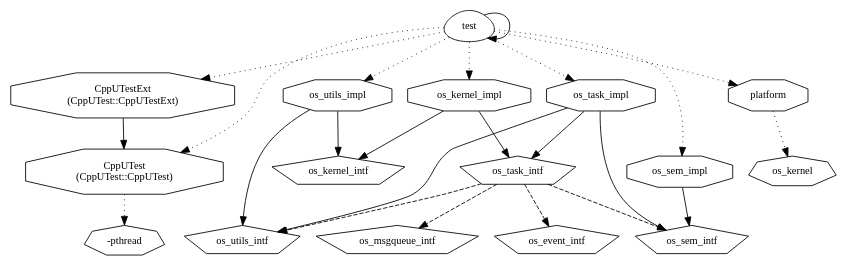
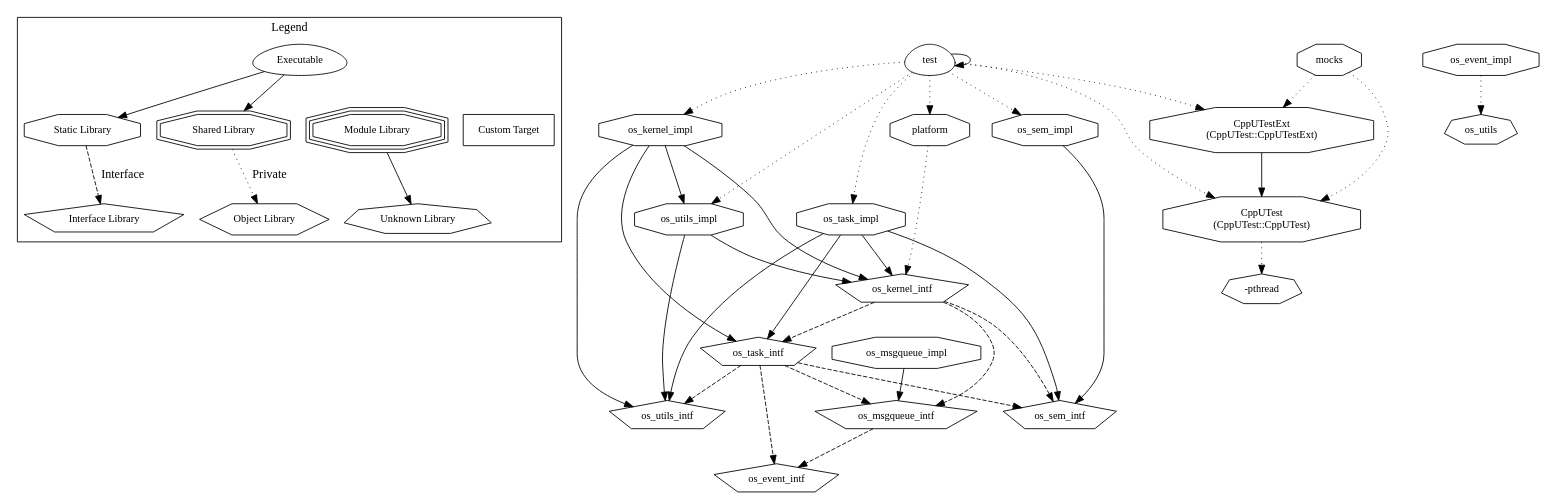
Before and after one commit to MitchellThompkins/cocoOS: the diagram in temp_notes.md, drawn with Graphviz. The commit also changed 1 other file, not shown here.

Commit message:
dont check in dot files, but also this graph is pretty messy now

````diff
--- a/temp_notes.md
+++ b/temp_notes.md
@@ -11,54 +11,80 @@
 ```dot
 digraph "test" {
 node [
   fontsize = "12"
 ];
-    "node19" [ label = "test", shape = egg ];
+subgraph clusterLegend {
+  label = "Legend";
+  color = black;
+  edge [ style = invis ];
+  legendNode0 [ label = "Executable", shape = egg ];
+  legendNode1 [ label = "Static Library", shape = octagon ];
+  legendNode2 [ label = "Shared Library", shape = doubleoctagon ];
+  legendNode3 [ label = "Module Library", shape = tripleoctagon ];
+  legendNode4 [ label = "Interface Library", shape = pentagon ];
+  legendNode5 [ label = "Object Library", shape = hexagon ];
+  legendNode6 [ label = "Unknown Library", shape = septagon ];
+  legendNode7 [ label = "Custom Target", shape = box ];
+  legendNode0 -> legendNode1 [ style = solid ];
+  legendNode0 -> legendNode2 [ style = solid ];
+  legendNode0 -> legendNode3;
+  legendNode1 -> legendNode4 [ label = "Interface", style = dashed ];
+  legendNode2 -> legendNode5 [ label = "Private", style = dotted ];
+  legendNode3 -> legendNode6 [ style = solid ];
+  legendNode0 -> legendNode7;
+}
     "node0" [ label = "CppUTest\n(CppUTest::CppUTest)", shape = octagon ];
-    "node19" -> "node0" [ style = dotted ] // test -> CppUTest
     "node1" [ label = "-pthread", shape = septagon ];
     "node0" -> "node1" [ style = dotted ] // CppUTest -> -pthread
     "node2" [ label = "CppUTestExt\n(CppUTest::CppUTestExt)", shape = octagon ];
-    "node19" -> "node2" [ style = dotted ] // test -> CppUTestExt
-    "node0" [ label = "CppUTest\n(CppUTest::CppUTest)", shape = octagon ];
     "node2" -> "node0"  // CppUTestExt -> CppUTest
+    "node3" [ label = "mocks", shape = octagon ];
+    "node3" -> "node0" [ style = dotted ] // mocks -> CppUTest
+    "node3" -> "node2" [ style = dotted ] // mocks -> CppUTestExt
+    "node4" [ label = "os_event_impl", shape = octagon ];
+    "node5" [ label = "os_utils", shape = septagon ];
+    "node4" -> "node5" [ style = dotted ] // os_event_impl -> os_utils
+    "node6" [ label = "os_event_intf", shape = pentagon ];
     "node7" [ label = "os_kernel_impl", shape = octagon ];
-    "node19" -> "node7" [ style = dotted ] // test -> os_kernel_impl
     "node8" [ label = "os_kernel_intf", shape = pentagon ];
+    "node9" [ label = "os_msgqueue_intf", shape = pentagon ];
+    "node9" -> "node6" [ style = dashed ] // os_msgqueue_intf -> os_event_intf
+    "node8" -> "node9" [ style = dashed ] // os_kernel_intf -> os_msgqueue_intf
+    "node10" [ label = "os_sem_intf", shape = pentagon ];
+    "node8" -> "node10" [ style = dashed ] // os_kernel_intf -> os_sem_intf
+    "node11" [ label = "os_task_intf", shape = pentagon ];
+    "node11" -> "node6" [ style = dashed ] // os_task_intf -> os_event_intf
+    "node11" -> "node9" [ style = dashed ] // os_task_intf -> os_msgqueue_intf
+    "node11" -> "node10" [ style = dashed ] // os_task_intf -> os_sem_intf
+    "node12" [ label = "os_utils_intf", shape = pentagon ];
+    "node11" -> "node12" [ style = dashed ] // os_task_intf -> os_utils_intf
+    "node8" -> "node11" [ style = dashed ] // os_kernel_intf -> os_task_intf
     "node7" -> "node8"  // os_kernel_impl -> os_kernel_intf
-    "node9" [ label = "os_task_intf", shape = pentagon ];
-    "node7" -> "node9"  // os_kernel_impl -> os_task_intf
-    "node6" [ label = "os_event_intf", shape = pentagon ];
-    "node9" -> "node6" [ style = dashed ] // os_task_intf -> os_event_intf
-    "node10" [ label = "os_msgqueue_intf", shape = pentagon ];
-    "node9" -> "node10" [ style = dashed ] // os_task_intf -> os_msgqueue_intf
-    "node11" [ label = "os_sem_intf", shape = pentagon ];
-    "node9" -> "node11" [ style = dashed ] // os_task_intf -> os_sem_intf
-    "node12" [ label = "os_utils_intf", shape = pentagon ];
-    "node9" -> "node12" [ style = dashed ] // os_task_intf -> os_utils_intf
-    "node14" [ label = "os_sem_impl", shape = octagon ];
-    "node19" -> "node14" [ style = dotted ] // test -> os_sem_impl
-    "node11" [ label = "os_sem_intf", shape = pentagon ];
-    "node14" -> "node11"  // os_sem_impl -> os_sem_intf
-    "node15" [ label = "os_task_impl", shape = octagon ];
-    "node19" -> "node15" [ style = dotted ] // test -> os_task_impl
-    "node11" [ label = "os_sem_intf", shape = pentagon ];
-    "node15" -> "node11"  // os_task_impl -> os_sem_intf
-    "node9" [ label = "os_task_intf", shape = pentagon ];
-    "node15" -> "node9"  // os_task_impl -> os_task_intf
-    "node12" [ label = "os_utils_intf", shape = pentagon ];
-    "node15" -> "node12"  // os_task_impl -> os_utils_intf
-    "node16" [ label = "os_utils_impl", shape = octagon ];
-    "node19" -> "node16" [ style = dotted ] // test -> os_utils_impl
-    "node8" [ label = "os_kernel_intf", shape = pentagon ];
-    "node16" -> "node8"  // os_utils_impl -> os_kernel_intf
-    "node12" [ label = "os_utils_intf", shape = pentagon ];
-    "node16" -> "node12"  // os_utils_impl -> os_utils_intf
+    "node7" -> "node11"  // os_kernel_impl -> os_task_intf
+    "node13" [ label = "os_utils_impl", shape = octagon ];
+    "node13" -> "node8"  // os_utils_impl -> os_kernel_intf
+    "node13" -> "node12"  // os_utils_impl -> os_utils_intf
+    "node7" -> "node13"  // os_kernel_impl -> os_utils_impl
+    "node7" -> "node12"  // os_kernel_impl -> os_utils_intf
+    "node14" [ label = "os_msgqueue_impl", shape = octagon ];
+    "node14" -> "node9"  // os_msgqueue_impl -> os_msgqueue_intf
+    "node15" [ label = "os_sem_impl", shape = octagon ];
+    "node15" -> "node10"  // os_sem_impl -> os_sem_intf
+    "node16" [ label = "os_task_impl", shape = octagon ];
+    "node16" -> "node8"  // os_task_impl -> os_kernel_intf
+    "node16" -> "node10"  // os_task_impl -> os_sem_intf
+    "node16" -> "node11"  // os_task_impl -> os_task_intf
+    "node16" -> "node12"  // os_task_impl -> os_utils_intf
     "node17" [ label = "platform", shape = octagon ];
-    "node19" -> "node17" [ style = dotted ] // test -> platform
-    "node18" [ label = "os_kernel", shape = septagon ];
-    "node17" -> "node18" [ style = dotted ] // platform -> os_kernel
-    "node19" [ label = "test", shape = egg ];
-    "node19" -> "node19"  // test -> test
+    "node17" -> "node8" [ style = dotted ] // platform -> os_kernel_intf
+    "node18" [ label = "test", shape = egg ];
+    "node18" -> "node0" [ style = dotted ] // test -> CppUTest
+    "node18" -> "node2" [ style = dotted ] // test -> CppUTestExt
+    "node18" -> "node7" [ style = dotted ] // test -> os_kernel_impl
+    "node18" -> "node15" [ style = dotted ] // test -> os_sem_impl
+    "node18" -> "node16" [ style = dotted ] // test -> os_task_impl
+    "node18" -> "node13" [ style = dotted ] // test -> os_utils_impl
+    "node18" -> "node17" [ style = dotted ] // test -> platform
+    "node18" -> "node18"  // test -> test
 }
 ```
````
